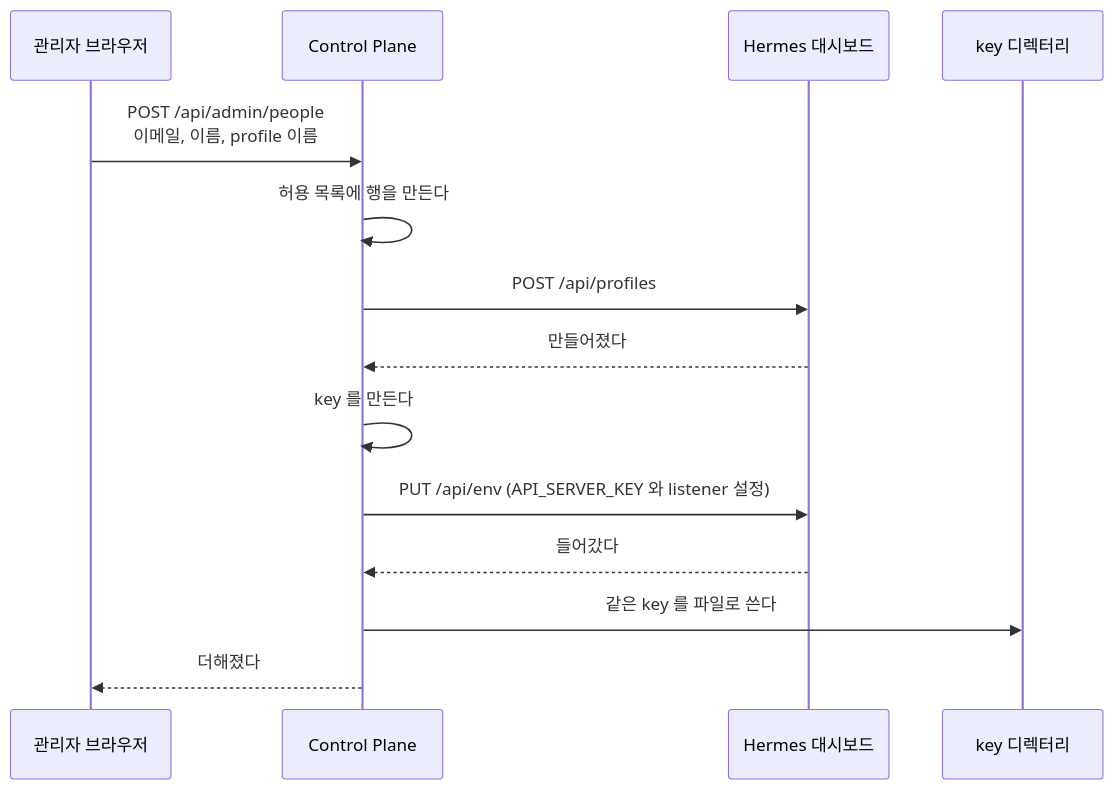
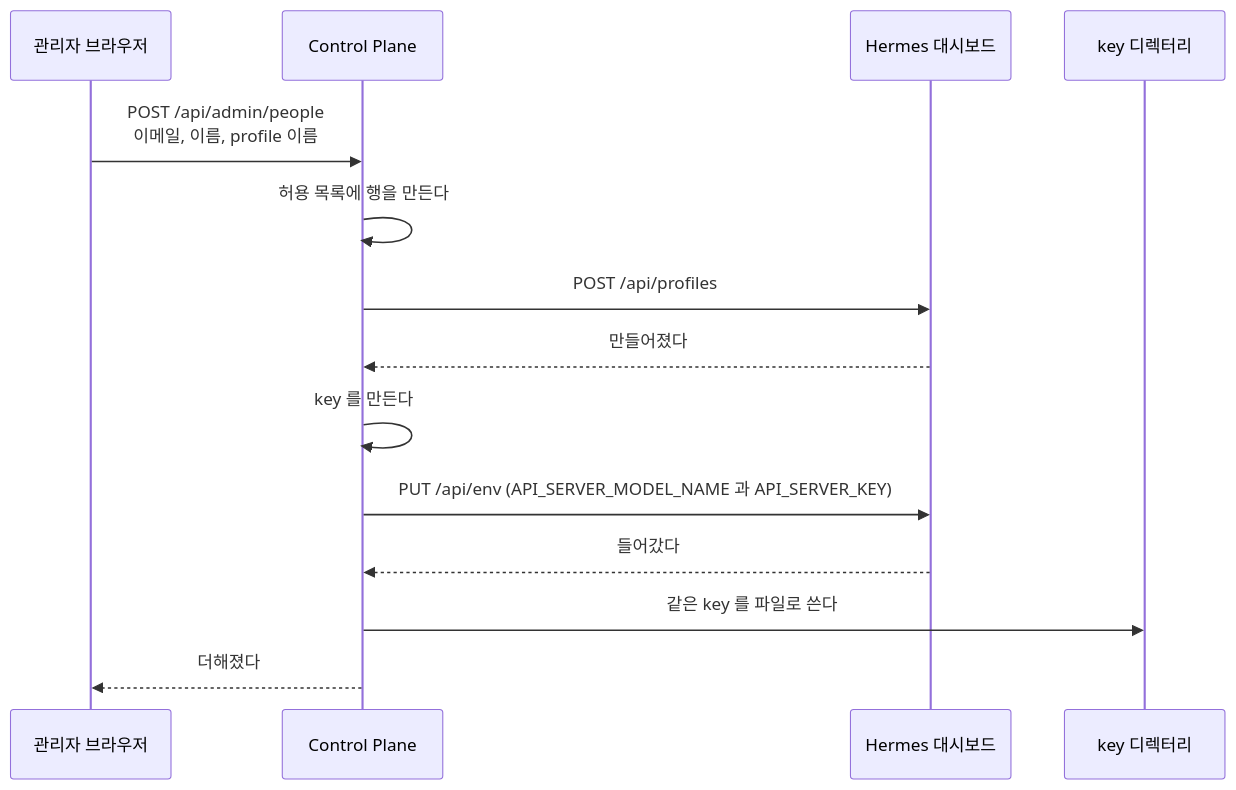
The second of 7 diagrams in docs/flow.md (jon890/fos-assistant), drawn with Mermaid before and after one commit. The commit also changed other lines of this file and 1 other file, not shown here.

First line of the commit message:
docs(docs): 공유 listener 설정과 허용 목록 초기값을 바로잡는다

````diff
--- a/docs/flow.md
+++ b/docs/flow.md
@@ -65,17 +65,17 @@
 ```mermaid
 sequenceDiagram
     participant A as 관리자 브라우저
     participant C as Control Plane
     participant D as Hermes 대시보드
     participant F as key 디렉터리
 
     A->>C: POST /api/admin/people<br/>이메일, 이름, profile 이름
     C->>C: 허용 목록에 행을 만든다
     C->>D: POST /api/profiles
     D-->>C: 만들어졌다
     C->>C: key 를 만든다
-    C->>D: PUT /api/env (API_SERVER_KEY 와 listener 설정)
+    C->>D: PUT /api/env (API_SERVER_MODEL_NAME 과 API_SERVER_KEY)
     D-->>C: 들어갔다
     C->>F: 같은 key 를 파일로 쓴다
     C-->>A: 더해졌다
 ```
````
